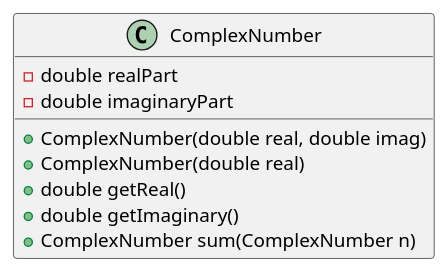
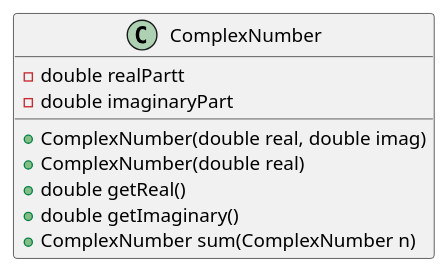
The diagram in Practica/src/Guia1/g1_e2.puml (agkorman/POO), drawn with PlantUML before and after one commit.

```diff
--- a/Practica/src/Guia1/g1_e2.puml
+++ b/Practica/src/Guia1/g1_e2.puml
@@ -1,13 +1,13 @@
 @startuml
 'https://plantuml.com/class-diagram
 
 class ComplexNumber{
-    -double realPart
+    -double realPartt
     -double imaginaryPart
     +ComplexNumber(double real, double imag)
     +ComplexNumber(double real)
     +double getReal()
     +double getImaginary()
     +ComplexNumber sum(ComplexNumber n)
 }
 @enduml
```
